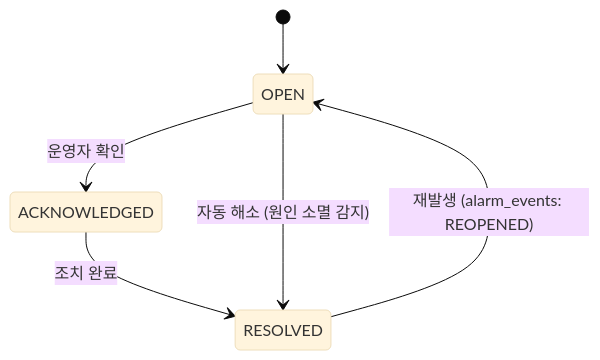
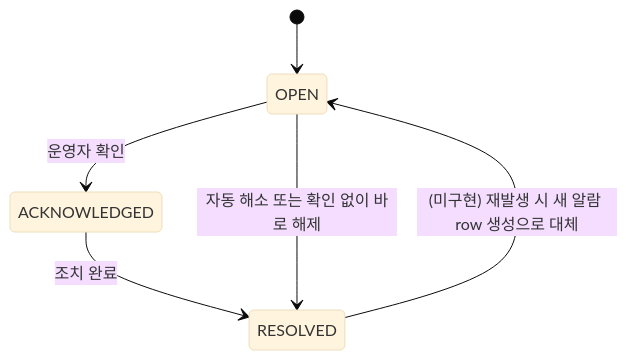
Before and after one commit to OdinAhn/AMRProject: diagram 12 of 16 in docs/STATE_MACHINES.md, drawn with Mermaid (base theme). The commit also changed other lines of this file and 23 other files, not shown here.

````diff
--- a/docs/STATE_MACHINES.md
+++ b/docs/STATE_MACHINES.md
@@ -238,8 +238,8 @@
 ```mermaid
 stateDiagram-v2
     [*] --> OPEN
     OPEN --> ACKNOWLEDGED : 운영자 확인
     ACKNOWLEDGED --> RESOLVED : 조치 완료
-    OPEN --> RESOLVED : 자동 해소 (원인 소멸 감지)
-    RESOLVED --> OPEN : 재발생 (alarm_events: REOPENED)
+    OPEN --> RESOLVED : 자동 해소 또는 확인 없이 바로 해제
+    RESOLVED --> OPEN : (미구현) 재발생 시 새 알람 row 생성으로 대체
 ```
````
